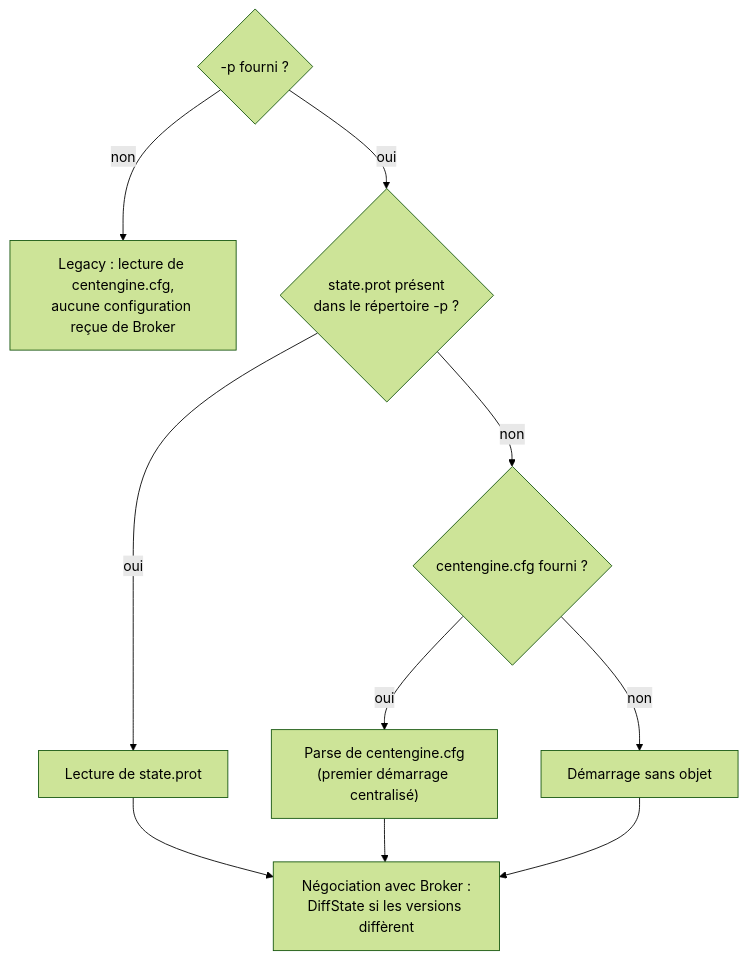
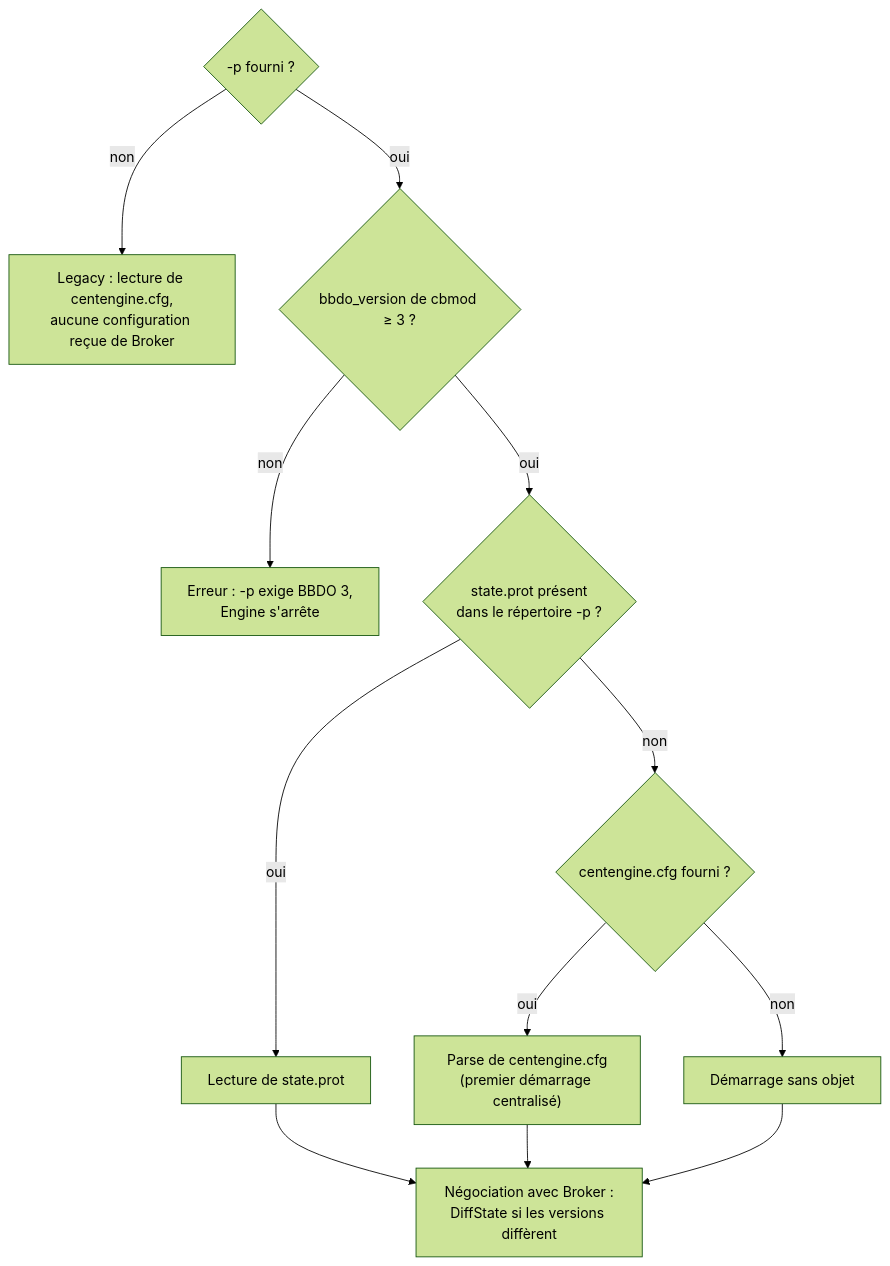
Before and after one commit to centreon/centreon-collect: the first of 50 diagrams in doc/nego-engine-broker-fr.md, drawn with Mermaid (forest theme). The commit also changed other lines of this file and 1 other file, not shown here.

Commit message:
chore(doc): nego-engine-broker updated

````diff
--- a/doc/nego-engine-broker-fr.md
+++ b/doc/nego-engine-broker-fr.md
@@ -301,12 +303,14 @@
 ```mermaid
 flowchart TD
     A{"-p fourni ?"} -- non --> L["Legacy : lecture de centengine.cfg,<br/>aucune configuration reçue de Broker"]
-    A -- oui --> B{"state.prot présent<br/>dans le répertoire -p ?"}
+    A -- oui --> V{"bbdo_version de cbmod ≥ 3 ?"}
+    V -- non --> X["Erreur : -p exige BBDO 3,<br/>Engine s'arrête"]
+    V -- oui --> B{"state.prot présent<br/>dans le répertoire -p ?"}
     B -- oui --> S["Lecture de state.prot"]
     B -- non --> C{"centengine.cfg fourni ?"}
     C -- oui --> P["Parse de centengine.cfg<br/>(premier démarrage centralisé)"]
     C -- non --> E["Démarrage sans objet"]
     S --> N["Négociation avec Broker :<br/>DiffState si les versions diffèrent"]
     P --> N
     E --> N
 ```
````
